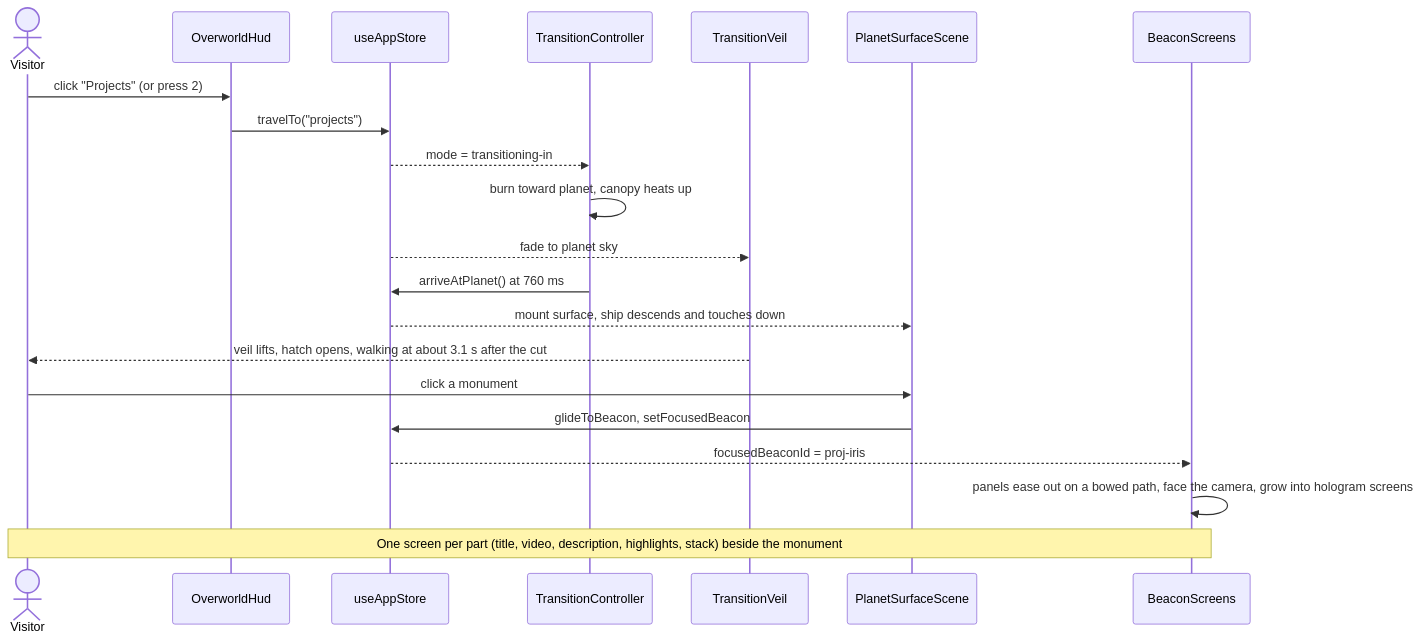
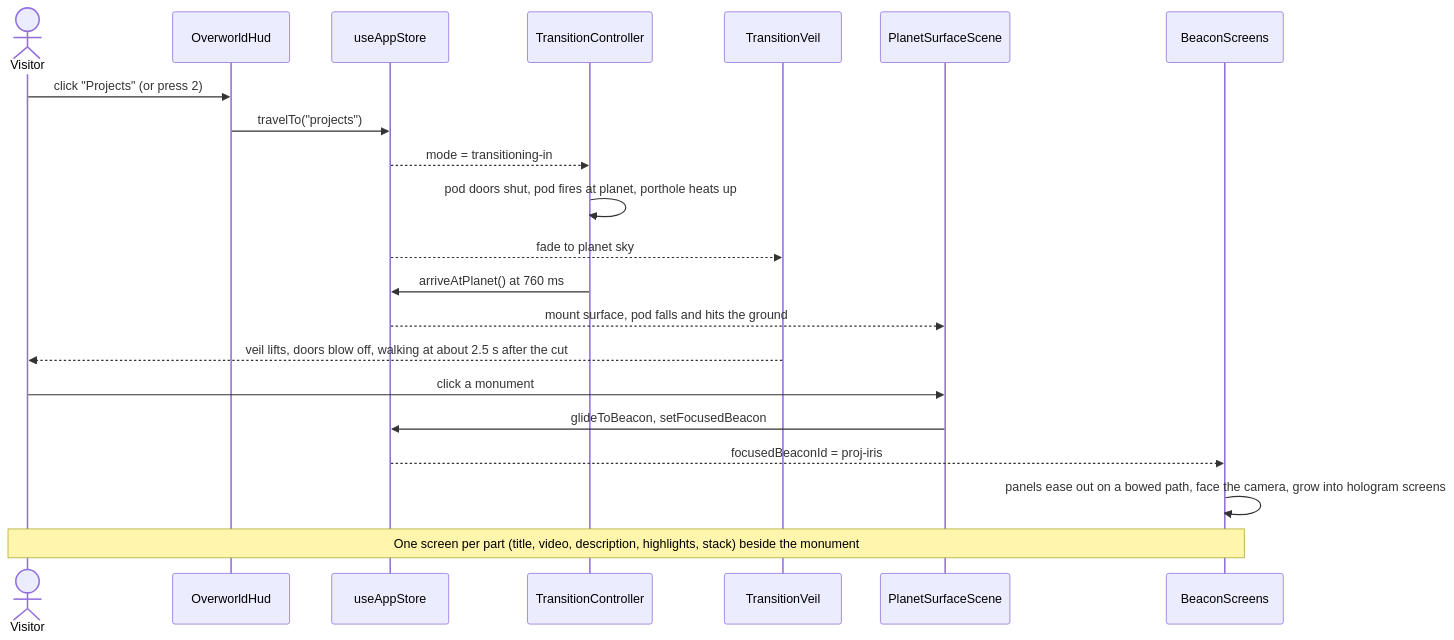
The second of 2 diagrams in README.md (teddycitrus/portfolio), drawn with Mermaid before and after one commit. The commit also changed other lines of this file and 9 other files, not shown here.

````diff
--- a/README.md
+++ b/README.md
@@ -74,23 +74,23 @@
 ```mermaid
 sequenceDiagram
   actor V as Visitor
   participant H as OverworldHud
   participant S as useAppStore
   participant T as TransitionController
   participant W as TransitionVeil
   participant P as PlanetSurfaceScene
   participant B as BeaconScreens
   V->>H: click "Projects" (or press 2)
   H->>S: travelTo("projects")
   S-->>T: mode = transitioning-in
-  T->>T: burn toward planet, canopy heats up
+  T->>T: pod doors shut, pod fires at planet, porthole heats up
   S-->>W: fade to planet sky
   T->>S: arriveAtPlanet() at 760 ms
-  S-->>P: mount surface, ship descends and touches down
-  W-->>V: veil lifts, hatch opens, walking at about 3.1 s after the cut
+  S-->>P: mount surface, pod falls and hits the ground
+  W-->>V: veil lifts, doors blow off, walking at about 2.5 s after the cut
   V->>P: click a monument
   P->>S: glideToBeacon, setFocusedBeacon
   S-->>B: focusedBeaconId = proj-iris
   B->>B: panels ease out on a bowed path, face the camera, grow into hologram screens
   Note over V,B: One screen per part (title, video, description, highlights, stack) beside the monument
 ```
````
